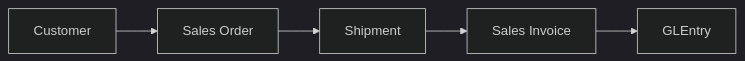
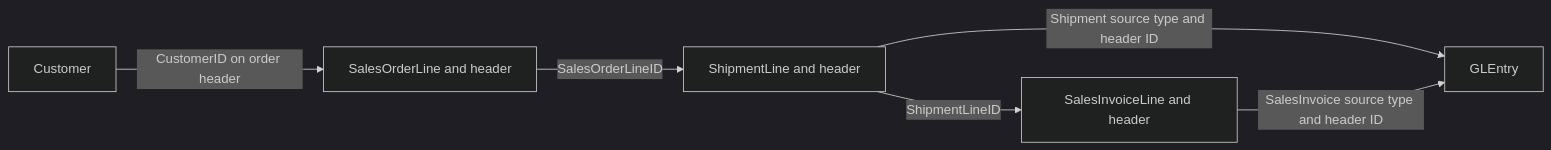
One commit to mmcodesso/CharlesRiver_Database changed the fourth of 8 diagrams in docs/processes/o2c.md. Above: the diagram before and after it, drawn with Mermaid (dark theme). The commit also changed other lines of this file and 66 other files, not shown here.

````diff
--- a/docs/processes/o2c.md
+++ b/docs/processes/o2c.md
@@ -290,12 +290,16 @@
 ```mermaid
 flowchart LR
     accTitle: Customer order shipment invoice and ledger
-    accDescr: A customer connects to the sales order, shipment, sales invoice, and ledger detail in sequence.
+    accDescr: Labeled solid arrows follow stored keys through order, shipment, and invoice lines. Shipment and invoice have independent ledger-source routes.
     C[Customer]
-    SO[Sales Order]
-    SH[Shipment]
-    SI[Sales Invoice]
+    SO[SalesOrderLine and header]
+    SH[ShipmentLine and header]
+    SI[SalesInvoiceLine and header]
     GL[GLEntry]
 
-    C --> SO -->  SH  --> SI  --> GL
+    C -->|CustomerID on order header| SO
+    SO -->|SalesOrderLineID| SH
+    SH -->|ShipmentLineID| SI
+    SH -->|Shipment source type and header ID| GL
+    SI -->|SalesInvoice source type and header ID| GL
 ```
````
